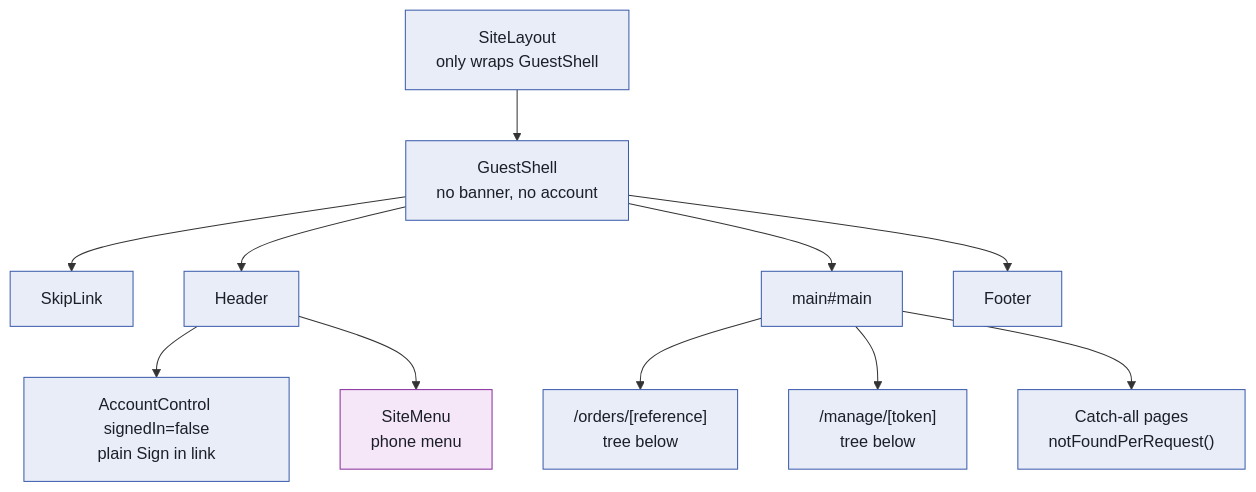
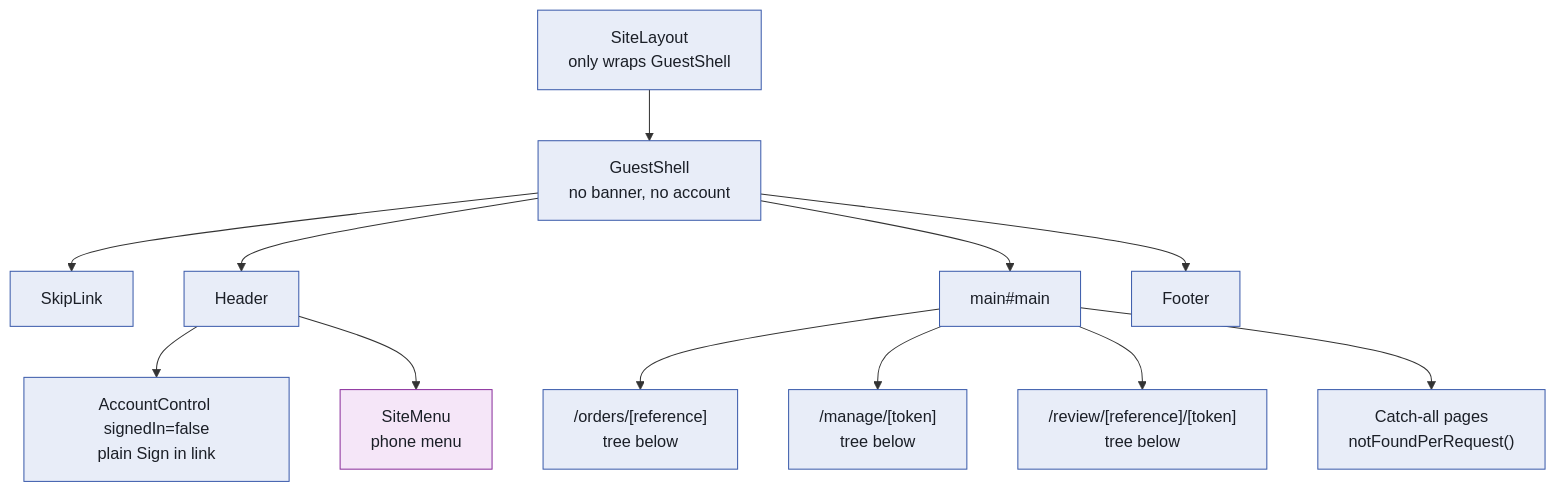
One commit to defaultdave/ramble changed the first of 4 diagrams in src/app/(checkout)/(site)/README.md. Above: the diagram before and after it, drawn with Mermaid. The commit also changed other lines of this file and 68 other files, not shown here.

````diff
--- a/src/app/(checkout)/(site)/README.md
+++ b/src/app/(checkout)/(site)/README.md
@@ -19,31 +19,33 @@
 ```mermaid
 flowchart TD
   classDef server fill:#e8edf8,stroke:#3b5bab,color:#1b1f27
   classDef cached fill:#e2f3f0,stroke:#0f7a6c,color:#1b1f27
   classDef streamed fill:#fbefdc,stroke:#a3610a,color:#1b1f27
   classDef client fill:#f5e6f8,stroke:#8a2f9c,color:#1b1f27
   classDef action fill:#fbe6e4,stroke:#b3261e,color:#1b1f27
 
   S["SiteLayout<br/>only wraps GuestShell"]:::server
   G["GuestShell<br/>no banner, no account"]:::server
   SK[SkipLink]:::server
   H[Header]:::server
   AC["AccountControl signedIn=false<br/>plain Sign in link"]:::server
   SM["SiteMenu<br/>phone menu"]:::client
   M["main#main"]:::server
   O["/orders/[reference]<br/>tree below"]:::server
   MG["/manage/[token]<br/>tree below"]:::server
+  RV["/review/[reference]/[token]<br/>tree below"]:::server
   NF["Catch-all pages<br/>notFoundPerRequest()"]:::server
   F[Footer]:::server
 
   S --> G
   G --> SK
   G --> H
   H --> AC
   H --> SM
   G --> M
   M --> O
   M --> MG
+  M --> RV
   M --> NF
   G --> F
 ```
````
